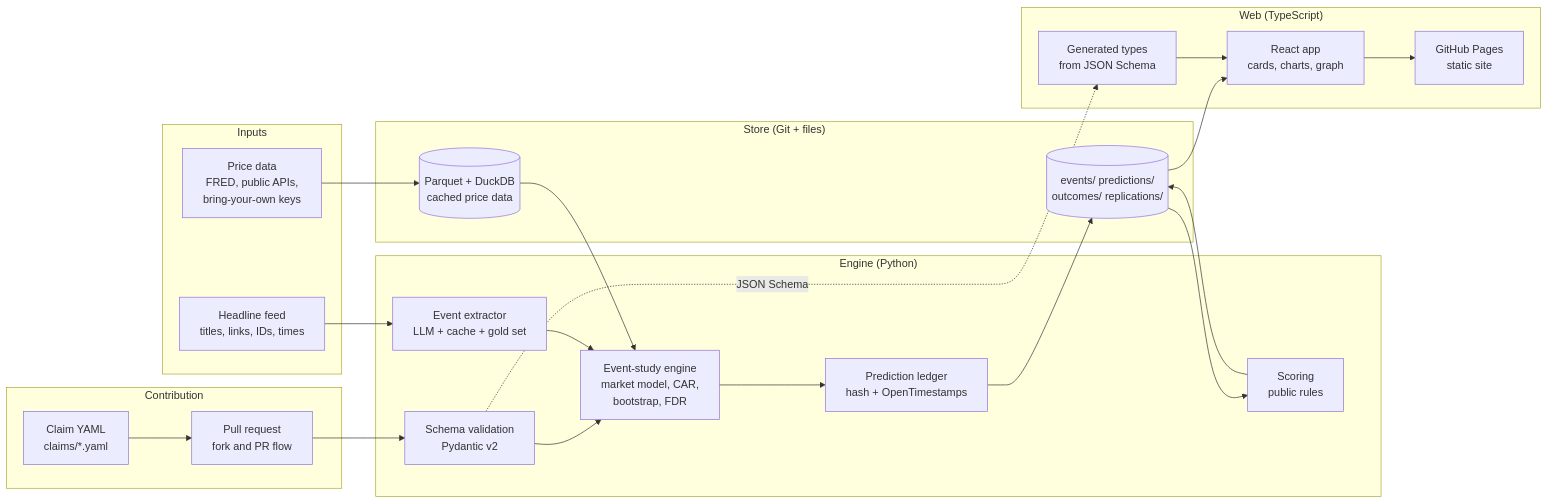
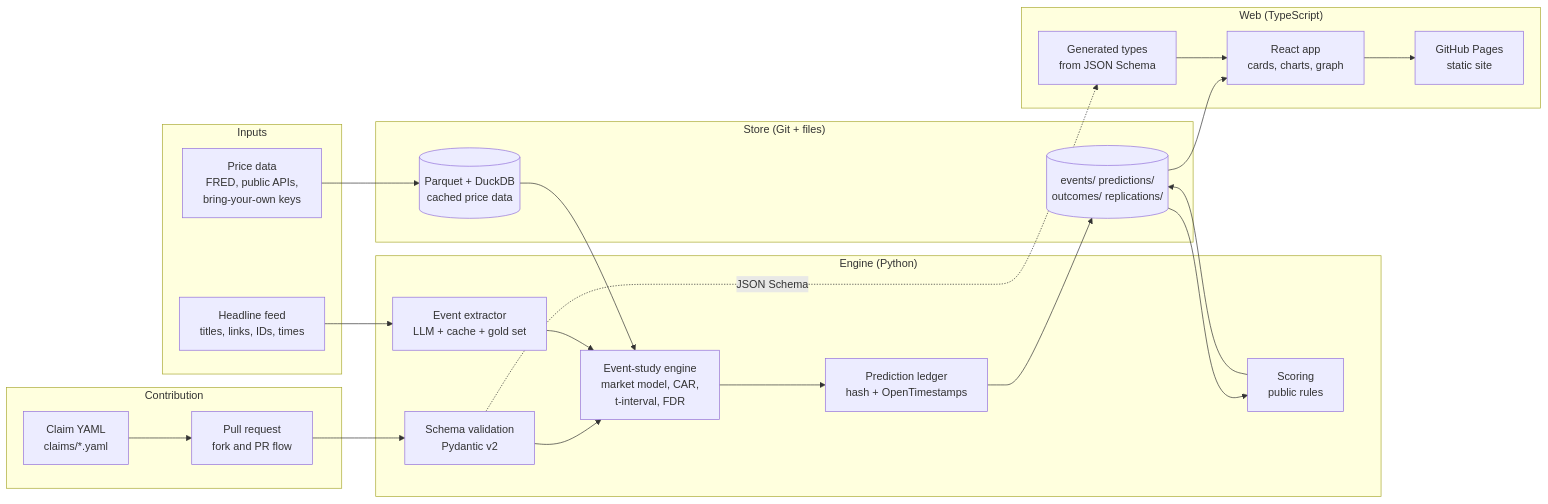
The second of 3 diagrams in README.md (McMuf/Spillover), drawn with Mermaid before and after one commit. The commit also changed other lines of this file and 112 other files, not shown here.

````diff
--- a/README.md
+++ b/README.md
@@ -364,43 +369,43 @@
 ```mermaid
 flowchart LR
     subgraph Contribute["Contribution"]
         C1["Claim YAML<br/>claims/*.yaml"]
         C2["Pull request<br/>fork and PR flow"]
     end
 
     subgraph Inputs["Inputs"]
         N1["Headline feed<br/>titles, links, IDs, times"]
         P1["Price data<br/>FRED, public APIs,<br/>bring-your-own keys"]
     end
 
     subgraph Engine["Engine (Python)"]
         E1["Schema validation<br/>Pydantic v2"]
         E2["Event extractor<br/>LLM + cache + gold set"]
-        E3["Event-study engine<br/>market model, CAR,<br/>bootstrap, FDR"]
+        E3["Event-study engine<br/>market model, CAR,<br/>t-interval, FDR"]
         E4["Prediction ledger<br/>hash + OpenTimestamps"]
         E5["Scoring<br/>public rules"]
     end
 
     subgraph Store["Store (Git + files)"]
         S1[("events/ predictions/<br/>outcomes/ replications/")]
         S2[("Parquet + DuckDB<br/>cached price data")]
     end
 
     subgraph Web["Web (TypeScript)"]
         W1["Generated types<br/>from JSON Schema"]
         W2["React app<br/>cards, charts, graph"]
         W3["GitHub Pages<br/>static site"]
     end
 
     C1 --> C2 --> E1
     N1 --> E2
     P1 --> S2
     E1 --> E3
     E2 --> E3
     S2 --> E3
     E3 --> E4 --> S1
     S1 --> E5 --> S1
     E1 -. "JSON Schema" .-> W1
     S1 --> W2
     W1 --> W2 --> W3
 ```
````
